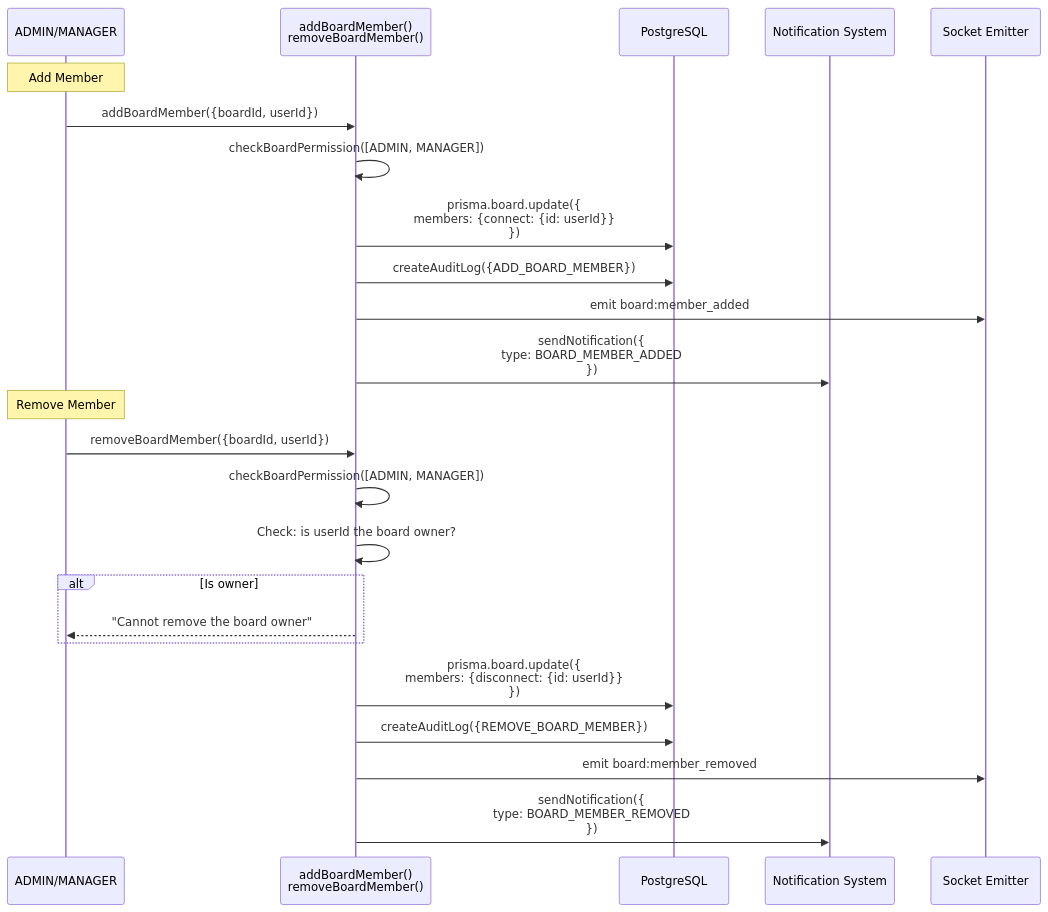
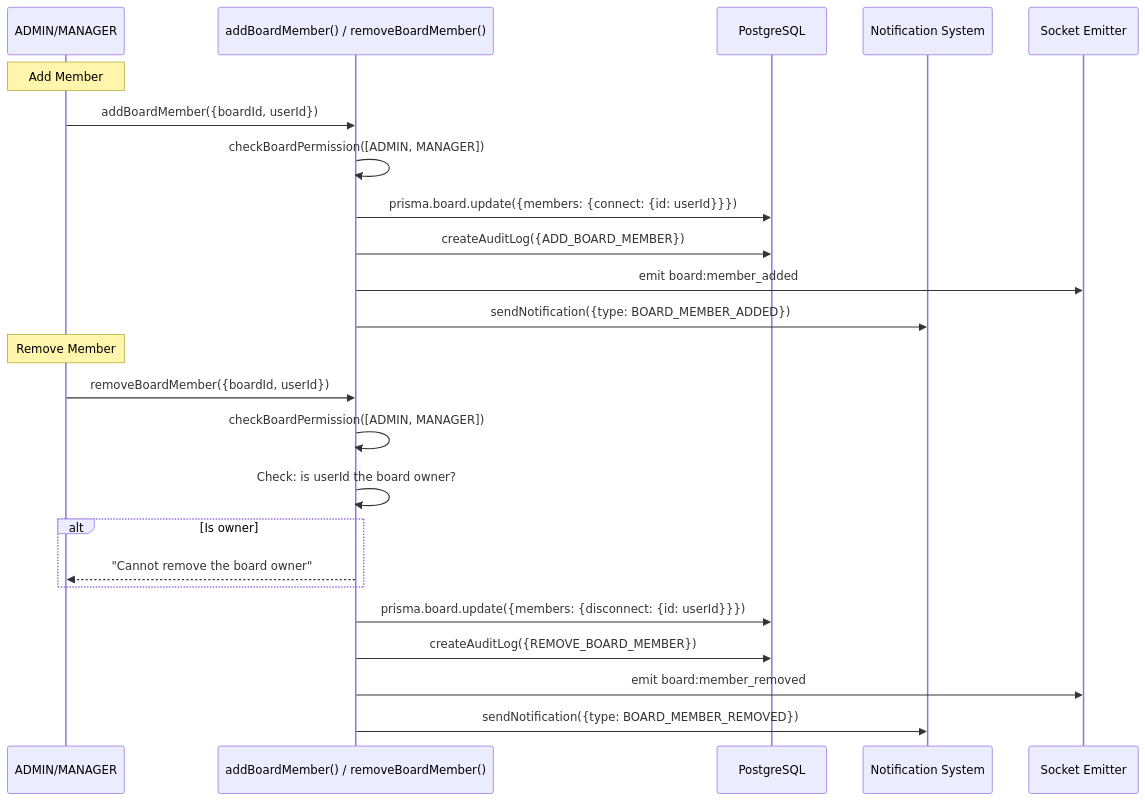
The fifth of 7 diagrams in docs/04-board-management.md (asefahmed500/Smart-Task-App_IIT_DU_Final_Project), drawn with Mermaid before and after one commit. The commit also changed other lines of this file and 8 other files, not shown here.

Commit message:
fix: remove br tags from mermaid diagrams for GitHub rendering

````diff
--- a/docs/04-board-management.md
+++ b/docs/04-board-management.md
@@ -128,30 +128,30 @@
 ```mermaid
 sequenceDiagram
     participant Manager as ADMIN/MANAGER
-    participant Action as addBoardMember()<br/>removeBoardMember()
+    participant Action as addBoardMember() / removeBoardMember()
     participant DB as PostgreSQL
     participant Notif as Notification System
     participant Socket as Socket Emitter
 
     Note over Manager: Add Member
 
     Manager->>Action: addBoardMember({boardId, userId})
     Action->>Action: checkBoardPermission([ADMIN, MANAGER])
-    Action->>DB: prisma.board.update({<br/>  members: {connect: {id: userId}}<br/>})
+    Action->>DB: prisma.board.update({members: {connect: {id: userId}}})
     Action->>DB: createAuditLog({ADD_BOARD_MEMBER})
     Action->>Socket: emit board:member_added
-    Action->>Notif: sendNotification({<br/>  type: BOARD_MEMBER_ADDED<br/>})
+    Action->>Notif: sendNotification({type: BOARD_MEMBER_ADDED})
 
     Note over Manager: Remove Member
 
     Manager->>Action: removeBoardMember({boardId, userId})
     Action->>Action: checkBoardPermission([ADMIN, MANAGER])
     Action->>Action: Check: is userId the board owner?
     alt Is owner
         Action-->>Manager: "Cannot remove the board owner"
     end
-    Action->>DB: prisma.board.update({<br/>  members: {disconnect: {id: userId}}<br/>})
+    Action->>DB: prisma.board.update({members: {disconnect: {id: userId}}})
     Action->>DB: createAuditLog({REMOVE_BOARD_MEMBER})
     Action->>Socket: emit board:member_removed
-    Action->>Notif: sendNotification({<br/>  type: BOARD_MEMBER_REMOVED<br/>})
+    Action->>Notif: sendNotification({type: BOARD_MEMBER_REMOVED})
 ```
````
